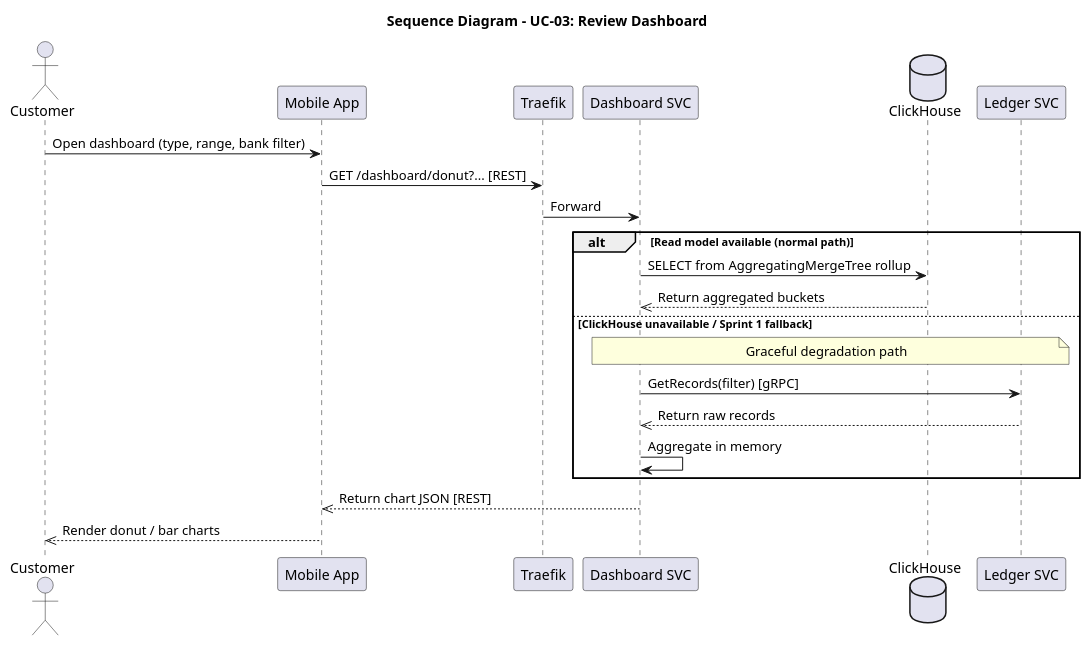
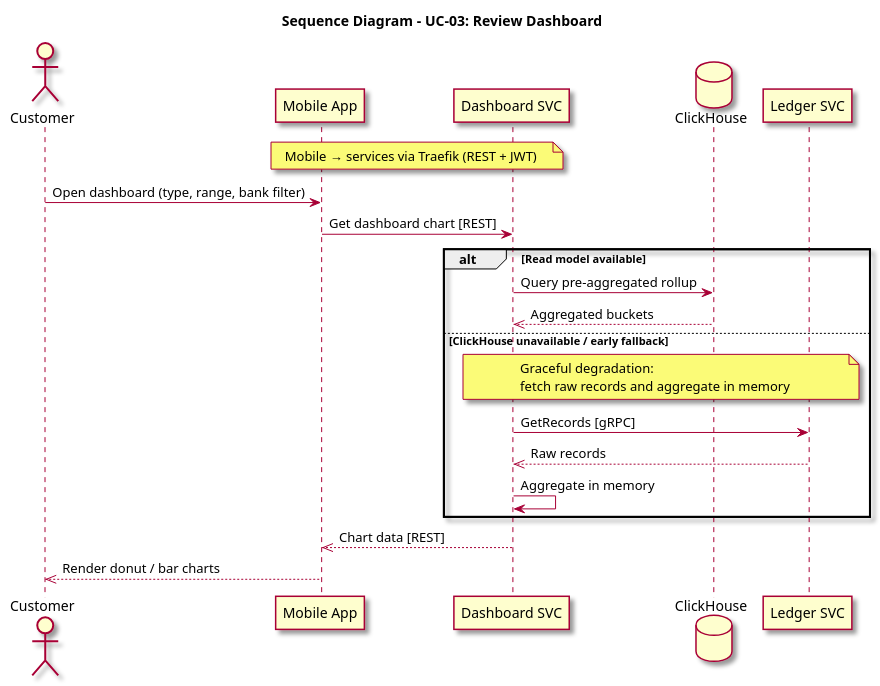
The seventh of 7 diagrams in docs/arch/microservices-design/architecture-diagram.puml (moomaideng/bogbank), drawn with PlantUML before and after one commit. The commit also changed other lines of this file and 3 other files, not shown here.

Commit message:
docs: raise sequence diagrams to architecture-level wording and pin rose skin

```diff
--- a/docs/arch/microservices-design/architecture-diagram.puml
+++ b/docs/arch/microservices-design/architecture-diagram.puml
@@ -337,27 +339,31 @@
 @startuml Sequence_UC03
+skin rose
 title Sequence Diagram - UC-03: Review Dashboard
 
 actor Customer as U
 participant "Mobile App" as App
-participant "Traefik" as TR
 participant "Dashboard SVC" as DS
 database "ClickHouse" as CH
 participant "Ledger SVC" as LG
 
+note over App, DS
+  Mobile → services via Traefik (REST + JWT)
+end note
+
 U -> App: Open dashboard (type, range, bank filter)
-App -> TR: GET /dashboard/donut?... [REST]
-TR -> DS: Forward
-alt Read model available (normal path)
-    DS -> CH: SELECT from AggregatingMergeTree rollup
-    CH -->> DS: Return aggregated buckets
-else ClickHouse unavailable / Sprint 1 fallback
+App -> DS: Get dashboard chart [REST]
+alt Read model available
+    DS -> CH: Query pre-aggregated rollup
+    CH -->> DS: Aggregated buckets
+else ClickHouse unavailable / early fallback
     note over DS, LG
-      Graceful degradation path
+      Graceful degradation:
+      fetch raw records and aggregate in memory
     end note
-    DS -> LG: GetRecords(filter) [gRPC]
-    LG -->> DS: Return raw records
+    DS -> LG: GetRecords [gRPC]
+    LG -->> DS: Raw records
     DS -> DS: Aggregate in memory
 end
-DS -->> App: Return chart JSON [REST]
+DS -->> App: Chart data [REST]
 App -->> U: Render donut / bar charts
 @enduml
```
